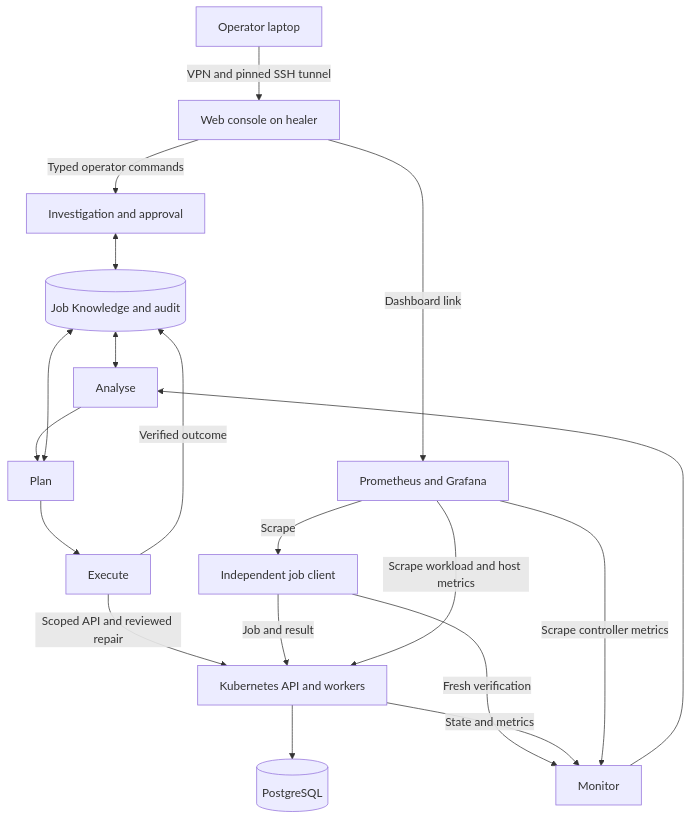
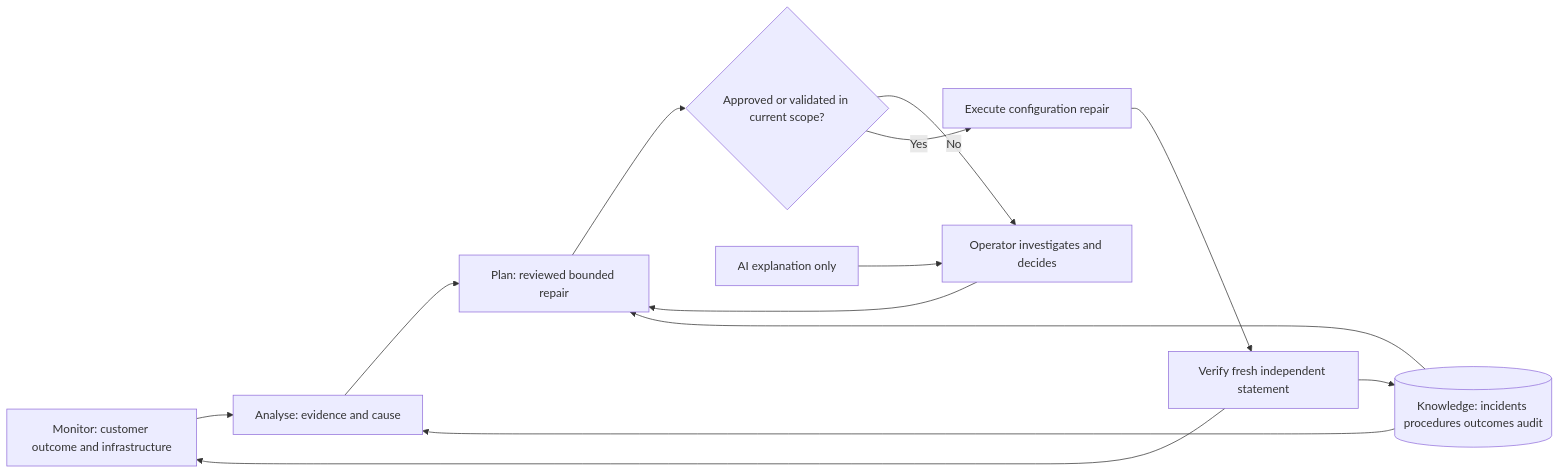
One commit to TusharShingrani/Self-healing-infrastructure changed the second of 2 diagrams in docs/architecture.md. Above: the diagram before and after it, drawn with Mermaid. The commit also changed other lines of this file and 46 other files, not shown here.

Commit message:
Build a bank statement service with verified MAPE-K repair and banking safeguards

````diff
--- a/docs/architecture.md
+++ b/docs/architecture.md
@@ -20,19 +19,15 @@
 ```mermaid
-flowchart TB
-  User[Operator laptop] -->|VPN and pinned SSH tunnel| Console[Web console on healer]
-  Console -->|Typed operator commands| Operator[Investigation and approval]
-  Operator <--> K[(Job Knowledge and audit)]
-  M[Monitor] --> A[Analyse] --> P[Plan] --> E[Execute]
-  K <--> A
-  K <--> P
-  E -->|Scoped API and reviewed repair| Kube[Kubernetes API and workers]
-  Kube --> DB[(PostgreSQL)]
-  Observer[Independent job client] -->|Job and result| Kube
-  Observer -->|Fresh verification| M
-  Kube -->|State and metrics| M
-  E -->|Verified outcome| K
-  Prom[Prometheus and Grafana] -->|Scrape| Observer
-  Prom -->|Scrape controller metrics| M
-  Prom -->|Scrape workload and host metrics| Kube
-  Console -->|Dashboard link| Prom
+flowchart LR
+ M[Monitor: customer outcome and infrastructure] --> A[Analyse: evidence and cause]
+ A --> P[Plan: reviewed bounded repair]
+ P --> D{Approved or validated in current scope?}
+ D -->|No| H[Operator investigates and decides]
+ H --> P
+ D -->|Yes| E[Execute configuration repair]
+ E --> V[Verify fresh independent statement]
+ V --> K[(Knowledge: incidents procedures outcomes audit)]
+ K --> A
+ K --> P
+ V --> M
+ AI[AI explanation only] --> H
 ```
````
